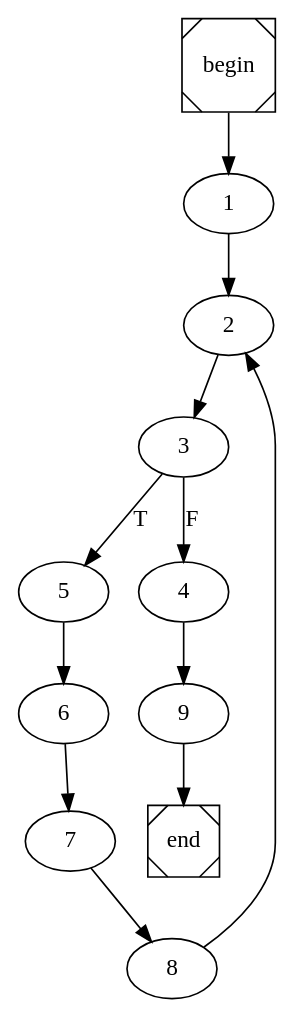
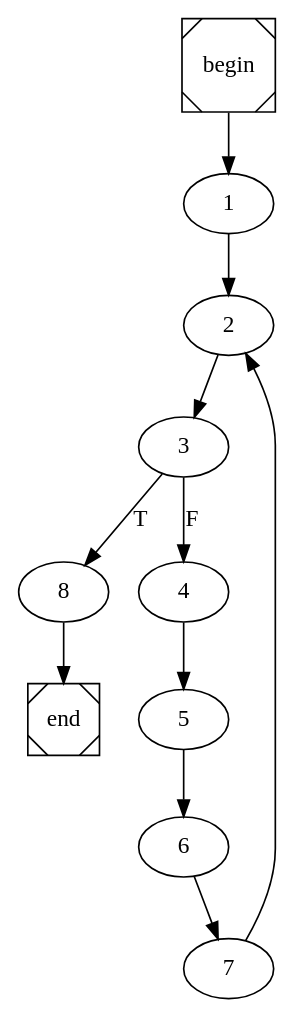
Before and after one commit to ivSaav/COMP: the diagram in printL.dot, drawn with Graphviz. The commit also changed 9 other files, not shown here.

```diff
--- a/printL.dot
+++ b/printL.dot
@@ -1,4 +1,4 @@
 digraph cfg {
 	begin [shape=Msquare];
 	end [shape=Msquare];
-	begin -> 1;	1 -> 2;	2 -> 3;	3 -> 5[label=T];	3 -> 4[label=F];	4 -> 9;	5 -> 6;	6 -> 7;	7 -> 8;	8 -> 2;	9 -> end;}
+	begin -> 1;	1 -> 2;	2 -> 3;	3 -> 8[label=T];	3 -> 4[label=F];	4 -> 5;	5 -> 6;	6 -> 7;	7 -> 2;	8 -> end;}
```
